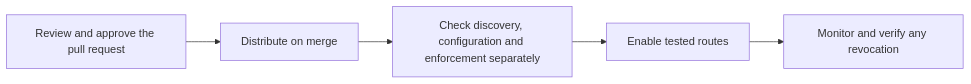
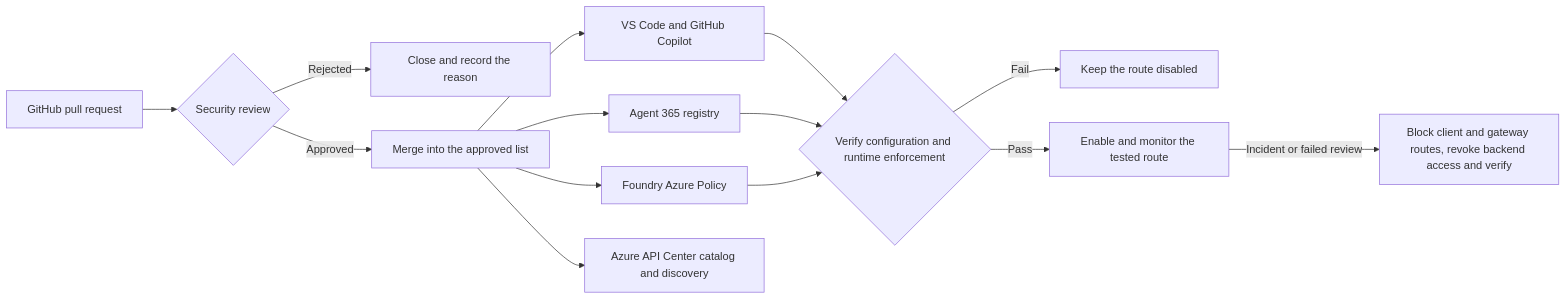
Before and after one commit to kimsyversen/kimsyversen.github.io: the third of 5 diagrams in enterprise-ai-agent-security-recommendation.md, drawn with Mermaid. The commit also changed other lines of this file and 4 other files, not shown here.

Commit message:
fix: restore enterprise agent discussion diagrams

````diff
--- a/enterprise-ai-agent-security-recommendation.md
+++ b/enterprise-ai-agent-security-recommendation.md
@@ -307,7 +311,16 @@
 ```mermaid
 flowchart LR
-    PR[Review and approve the pull request] --> Publish[Distribute on merge]
-    Publish --> Check[Check discovery, configuration and enforcement separately]
-    Check --> Enable[Enable tested routes]
-    Enable --> Monitor[Monitor and verify any revocation]
+    PR[GitHub pull request] --> Review{Security review}
+    Review -->|Rejected| Close[Close and record the reason]
+    Review -->|Approved| Git[Merge into the approved list]
+    Git --> VS[VS Code and GitHub Copilot]
+    Git --> A365[Agent 365 registry]
+    Git --> Foundry[Foundry Azure Policy]
+    Git --> Catalog[Azure API Center catalog and discovery]
+    VS --> Verify{Verify configuration and runtime enforcement}
+    A365 --> Verify
+    Foundry --> Verify
+    Verify -->|Fail| Stop[Keep the route disabled]
+    Verify -->|Pass| Enable[Enable and monitor the tested route]
+    Enable -->|Incident or failed review| Revoke[Block client and gateway routes, revoke backend access and verify]
 ```
````
